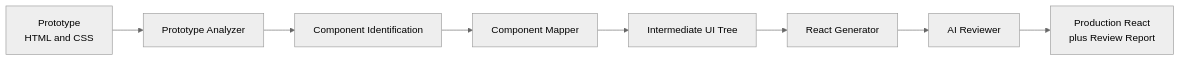
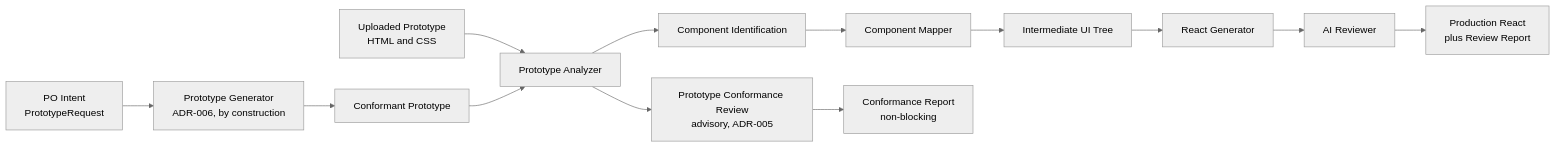
The first of 4 diagrams in Docs/00-foundation/01-system-architecture.md (IsharaKumararathna/AI_FE_ENG), drawn with Mermaid (neutral theme) before and after one commit. The commit also changed other lines of this file and 13 other files, not shown here.

Commit message:
Enhance system architecture with Prototype Conformance Review and Generator

````diff
--- a/Docs/00-foundation/01-system-architecture.md
+++ b/Docs/00-foundation/01-system-architecture.md
@@ -29,10 +35,15 @@
 ```mermaid
 flowchart LR
-    P[Prototype<br/>HTML and CSS] --> AN[Prototype Analyzer]
+    P[Uploaded Prototype<br/>HTML and CSS] --> AN[Prototype Analyzer]
+    INT[PO Intent<br/>PrototypeRequest] --> PG[Prototype Generator<br/>ADR-006, by construction]
+    PG --> P2[Conformant Prototype]
+    P2 --> AN
+    AN --> PCR[Prototype Conformance Review<br/>advisory, ADR-005]
     AN --> ID[Component Identification]
     ID --> MP[Component Mapper]
     MP --> TR[Intermediate UI Tree]
     TR --> RG[React Generator]
     RG --> RV[AI Reviewer]
     RV --> OUT[Production React<br/>plus Review Report]
+    PCR --> CR[Conformance Report<br/>non-blocking]
 ```
````
